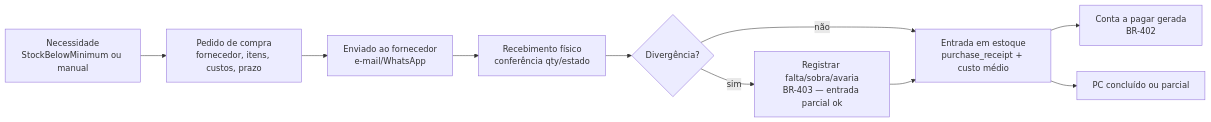
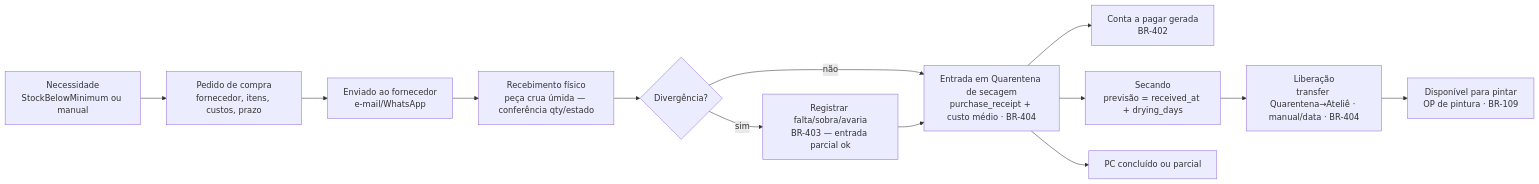
One commit to diegocarlesso/Gestao_Dona_Arteira changed the diagram in docs/11-Compras/README.md. Above: the diagram before and after it, drawn with Mermaid. The commit also changed other lines of this file and 24 other files, not shown here.

````diff
--- a/docs/11-Compras/README.md
+++ b/docs/11-Compras/README.md
@@ -17,12 +17,15 @@
 ```mermaid
 flowchart LR
     A[Necessidade<br/>StockBelowMinimum ou manual] --> B[Pedido de compra<br/>fornecedor, itens, custos, prazo]
     B --> C[Enviado ao fornecedor<br/>e-mail/WhatsApp]
-    C --> D[Recebimento físico<br/>conferência qty/estado]
+    C --> D[Recebimento físico<br/>peça crua úmida — conferência qty/estado]
     D --> E{Divergência?}
     E -- sim --> F[Registrar falta/sobra/avaria<br/>BR-403 — entrada parcial ok]
-    E -- não --> G[Entrada em estoque<br/>purchase_receipt + custo médio]
+    E -- não --> G[Entrada em Quarentena de secagem<br/>purchase_receipt + custo médio · BR-404]
     F --> G
     G --> H[Conta a pagar gerada<br/>BR-402]
+    G --> J[Secando<br/>previsão = received_at + drying_days]
+    J --> K[Liberação<br/>transfer Quarentena→Ateliê · manual/data · BR-404]
+    K --> L[Disponível para pintar<br/>OP de pintura · BR-109]
     G --> I[PC concluído ou parcial]
 ```
````
